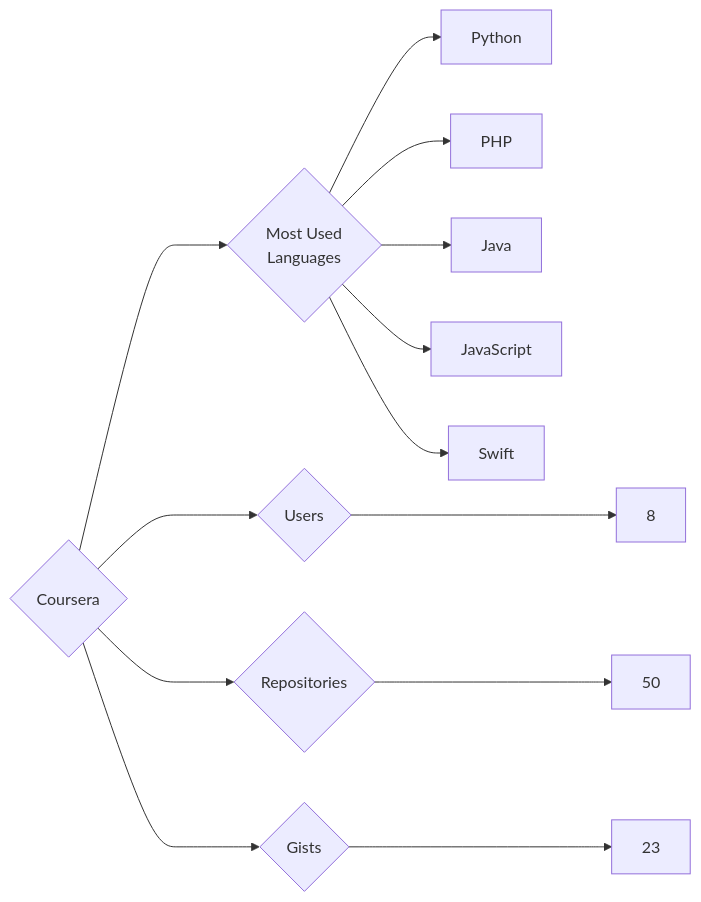
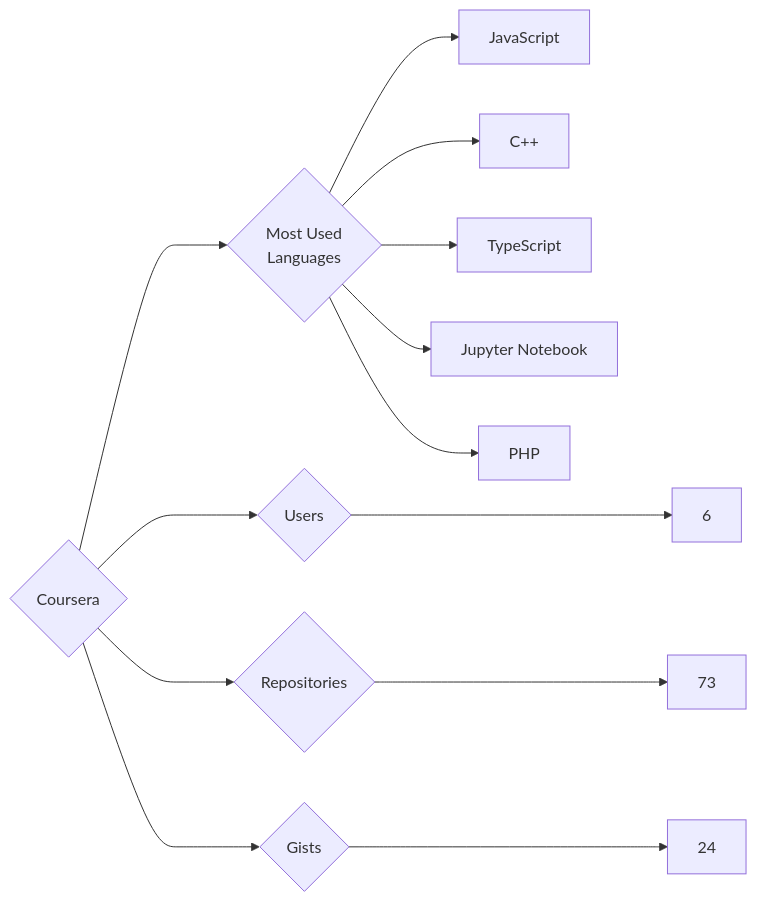
The diagram in targets/Coursera/README.md (trickest/insiders), drawn with Mermaid before and after one commit. The commit also changed 1036 other files, not shown here.

````diff
--- a/targets/Coursera/README.md
+++ b/targets/Coursera/README.md
@@ -3,13 +3,13 @@
 ```mermaid
 graph LR
 COMPANY_NAME{Coursera}
-COMPANY_NAME ---> U{Users} ---> UN[8]
-COMPANY_NAME ---> R{Repositories} ---> RN[50]
-COMPANY_NAME ---> G{Gists} ---> GN[23]
+COMPANY_NAME ---> U{Users} ---> UN[6]
+COMPANY_NAME ---> R{Repositories} ---> RN[73]
+COMPANY_NAME ---> G{Gists} ---> GN[24]
 COMPANY_NAME ---> ML{Most Used<br>Languages}
-ML --> Python[Python]
+ML --> JavaScript[JavaScript]
+ML --> C++[C++]
+ML --> TypeScript[TypeScript]
+ML --> Jupyter_Notebook[Jupyter Notebook]
 ML --> PHP[PHP]
-ML --> Java[Java]
-ML --> JavaScript[JavaScript]
-ML --> Swift[Swift]
 ```
````
